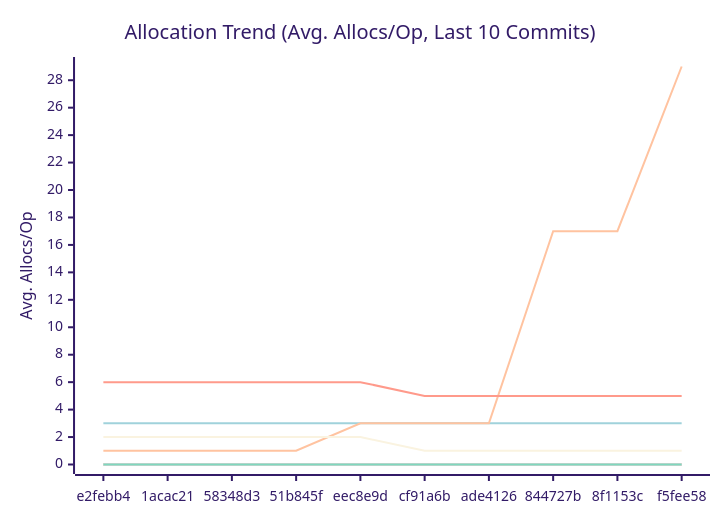
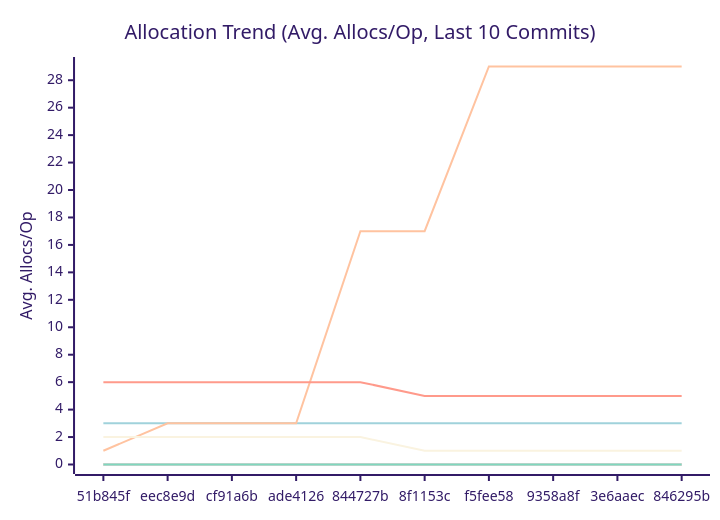
Before and after one commit to alsotoes/momo: the third of 3 diagrams in docs/PERFORMANCE.md, drawn with Mermaid (forest theme). The commit also changed other lines of this file and 16 other files, not shown here.

````diff
--- a/docs/PERFORMANCE.md
+++ b/docs/PERFORMANCE.md
@@ -116,16 +114,16 @@
 ```mermaid
 xychart-beta
     title "Allocation Trend (Avg. Allocs/Op, Last 10 Commits)"
     x-axis "Commit"
     y-axis "Avg. Allocs/Op"
-    x-axis [e2febb4,1acac21,58348d3,51b845f,eec8e9d,cf91a6b,ade4126,844727b,8f1153c,f5fee58]
+    x-axis [51b845f,eec8e9d,cf91a6b,ade4126,844727b,8f1153c,f5fee58,9358a8f,3e6aaec,846295b]
     line "CheckMetricsAndSwap" [0,0,0,0,0,0,0,0,0,0]
     line "CrushOptimized" [0,0,0,0,0,0,0,0,0,0]
     line "CrushOriginal" [3,3,3,3,3,3,3,3,3,3]
     line "IndexDirectTracking" [0,0,0,0,0,0,0,0,0,0]
     line "IndexSearch" [0,0,0,0,0,0,0,0,0,0]
-    line "LoadGlobalConfig" [1,1,1,1,3,3,3,17,17,29]
+    line "LoadGlobalConfig" [1,3,3,3,17,17,29,29,29,29]
     line "PadString" [0,0,0,0,0,0,0,0,0,0]
     line "ParseReplicationOrder_NoPrealloc" [6,6,6,6,6,5,5,5,5,5]
     line "ParseReplicationOrder_Prealloc" [2,2,2,2,2,1,1,1,1,1]
 ```
````
